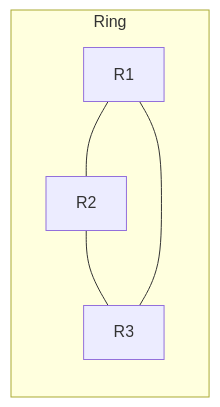
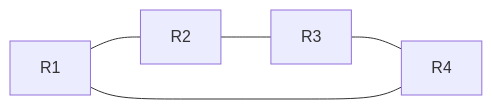
The fifth of 11 diagrams in learning/08-topologies.md (omnayak27199/pktana), drawn with Mermaid before and after one commit. The commit also changed other lines of this file and 14 other files, not shown here.

````diff
--- a/learning/08-topologies.md
+++ b/learning/08-topologies.md
@@ -20,6 +136,7 @@
 ```mermaid
 flowchart LR
-  subgraph Ring
-    R1[R1] --- R2[R2] --- R3[R3] --- R1
-  end
+  R1[R1] --- R2[R2]
+  R2 --- R3[R3]
+  R3 --- R4[R4]
+  R4 --- R1
 ```
````
